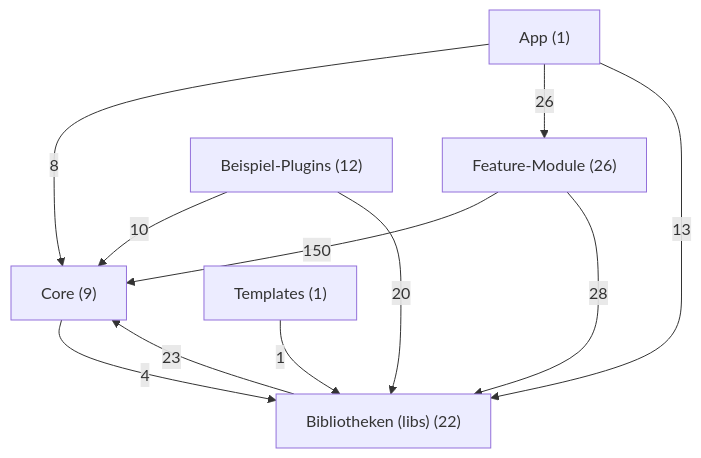
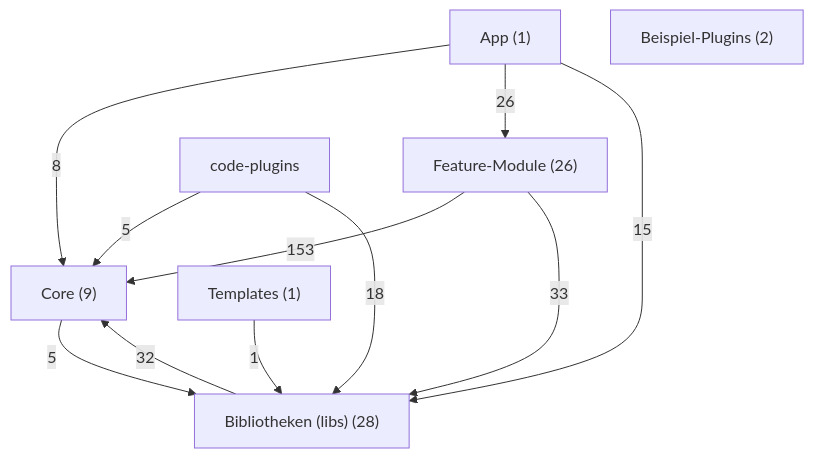
Before and after one commit to scto/CodeForgeMobile: the first of 2 diagrams in docs/dev/module-graph.md, drawn with Mermaid. The commit also changed other lines of this file and 28 other files, not shown here.

````diff
--- a/docs/dev/module-graph.md
+++ b/docs/dev/module-graph.md
@@ -9,19 +9,19 @@
 ```mermaid
 flowchart TD
     app["App (1)"]
     feature["Feature-Module (26)"]
     core["Core (9)"]
-    libs["Bibliotheken (libs) (22)"]
-    examples["Beispiel-Plugins (12)"]
+    libs["Bibliotheken (libs) (28)"]
+    examples["Beispiel-Plugins (2)"]
     templates["Templates (1)"]
     app -->|8| core
     app -->|26| feature
-    app -->|13| libs
-    core -->|4| libs
-    examples -->|10| core
-    examples -->|20| libs
-    feature -->|150| core
-    feature -->|28| libs
-    libs -->|23| core
+    app -->|15| libs
+    code-plugins -->|5| core
+    code-plugins -->|18| libs
+    core -->|5| libs
+    feature -->|153| core
+    feature -->|33| libs
+    libs -->|32| core
     templates -->|1| libs
 ```
````
